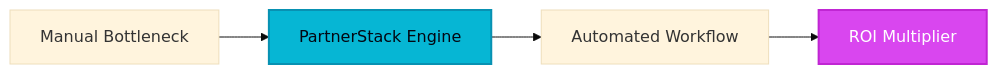
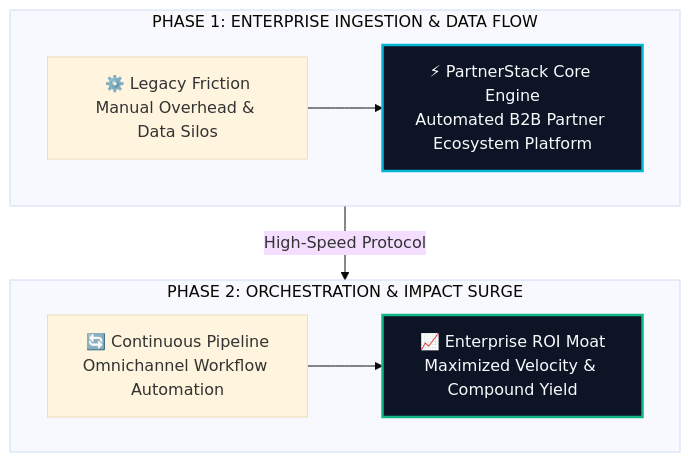
One commit to heliatech-media/saas-radar changed the diagram in site/src/content/blog/partnerstack-evolution-guide-2026.md. Above: the diagram before and after it, drawn with Mermaid (base theme). The commit also changed 97 other files, not shown here.

First line of the commit message:
feat(diagrams): upgrade all article architecture schemas to high-impact 2-tier responsive vector blueprints

````diff
--- a/site/src/content/blog/partnerstack-evolution-guide-2026.md
+++ b/site/src/content/blog/partnerstack-evolution-guide-2026.md
@@ -59,8 +59,14 @@
 ```mermaid
-flowchart LR
-    A[Manual Bottleneck] --> B[PartnerStack Engine]
-    B --> C[Automated Workflow]
-    C --> D[ROI Multiplier]
-    style B fill:#06b6d4,stroke:#0891b2,stroke-width:2px,color:#030712
-    style D fill:#d946ef,stroke:#c026d3,stroke-width:2px,color:#ffffff
+flowchart TD
+    subgraph S1["PHASE 1: ENTERPRISE INGESTION & DATA FLOW"]
+        direction LR
+        A["⚙️ Legacy Friction<br/>Manual Overhead & Data Silos"] --> B["⚡ PartnerStack Core Engine<br/>Automated B2B Partner Ecosystem Platform"]
+    end
+    subgraph S2["PHASE 2: ORCHESTRATION & IMPACT SURGE"]
+        direction LR
+        C["🔄 Continuous Pipeline<br/>Omnichannel Workflow Automation"] --> D["📈 Enterprise ROI Moat<br/>Maximized Velocity & Compound Yield"]
+    end
+    S1 -->|High-Speed Protocol| S2
+    style B fill:#0c1425,stroke:#06b6d4,stroke-width:2.5px,color:#f8fafc
+    style D fill:#0c1425,stroke:#10b981,stroke-width:2.5px,color:#f8fafc
 ```
````
